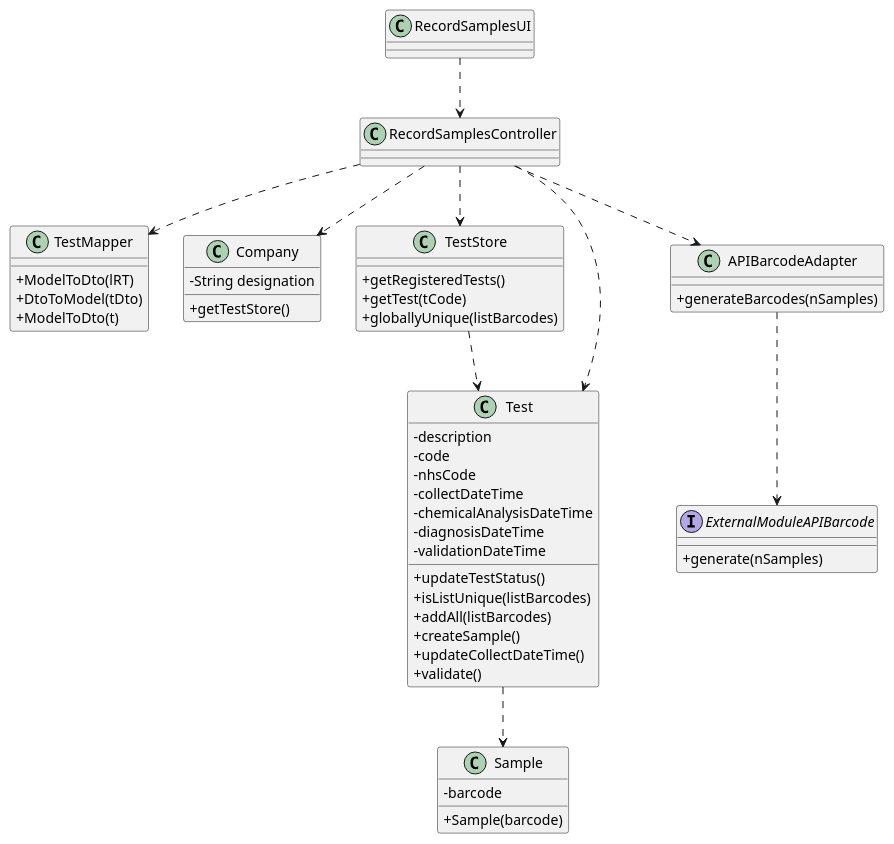
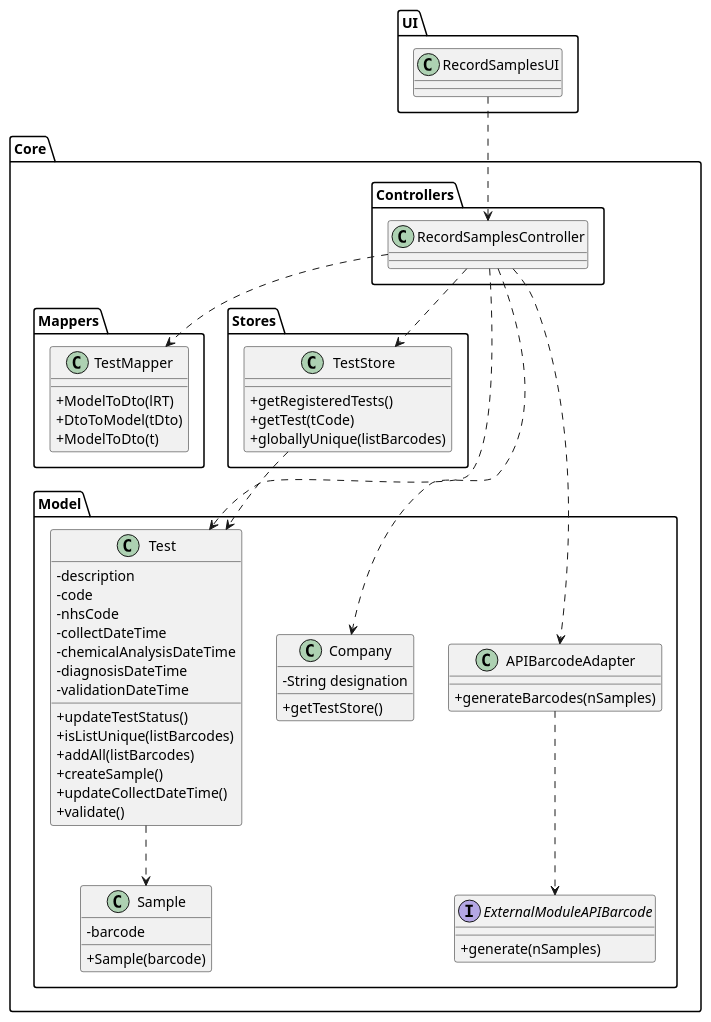
The diagram in docs/SprintC/US05/US05-CD.puml (0franciscor/lei-21-s2-1de-g19), drawn with PlantUML before and after one commit. The commit also changed 1 other file, not shown here.

```diff
--- a/docs/SprintC/US05/US05-CD.puml
+++ b/docs/SprintC/US05/US05-CD.puml
@@ -1,71 +1,85 @@
 @startuml
 'https://plantuml.com/class-diagram
 
 skinparam classAttributeIconSize 0
 
+package "UI" {
 class RecordSamplesUI{
 }
+}
 
+package "Core" {
+package "Controllers"{
 class RecordSamplesController{
 }
+}
 
+package "Mappers"{
 class TestMapper{
   +ModelToDto(lRT)
   +DtoToModel(tDto)
   +ModelToDto(t)
 }
-
-class Company{
-  -String designation
-  +getTestStore()
 }
 
+
+package "Stores"{
 class TestStore{
   +getRegisteredTests()
   +getTest(tCode)
   +globallyUnique(listBarcodes)
+}
+}
+
+package "Model"{
+class Company{
+  -String designation
+  +getTestStore()
 }
 
 class Test{
   -description
   -code
   -nhsCode
   -collectDateTime
   -chemicalAnalysisDateTime
   -diagnosisDateTime
   -validationDateTime
   +updateTestStatus()
   +isListUnique(listBarcodes)
   +addAll(listBarcodes)
   +createSample()
   +updateCollectDateTime()
   +validate()
 }
 
 class APIBarcodeAdapter{
   +generateBarcodes(nSamples)
 }
 
 interface ExternalModuleAPIBarcode{
   +generate(nSamples)
 }
 
 class Sample{
   -barcode
   +Sample(barcode)
 }
+}
 
+
+}
 RecordSamplesUI ..> RecordSamplesController
 RecordSamplesController ..> TestMapper
 RecordSamplesController ..> Company
 RecordSamplesController ..> TestStore
 RecordSamplesController ..> Test
 RecordSamplesController ..> APIBarcodeAdapter
 APIBarcodeAdapter ..> ExternalModuleAPIBarcode
 TestStore ..> Test
 Test ..> Sample
 
 
 
 
 @enduml
```
